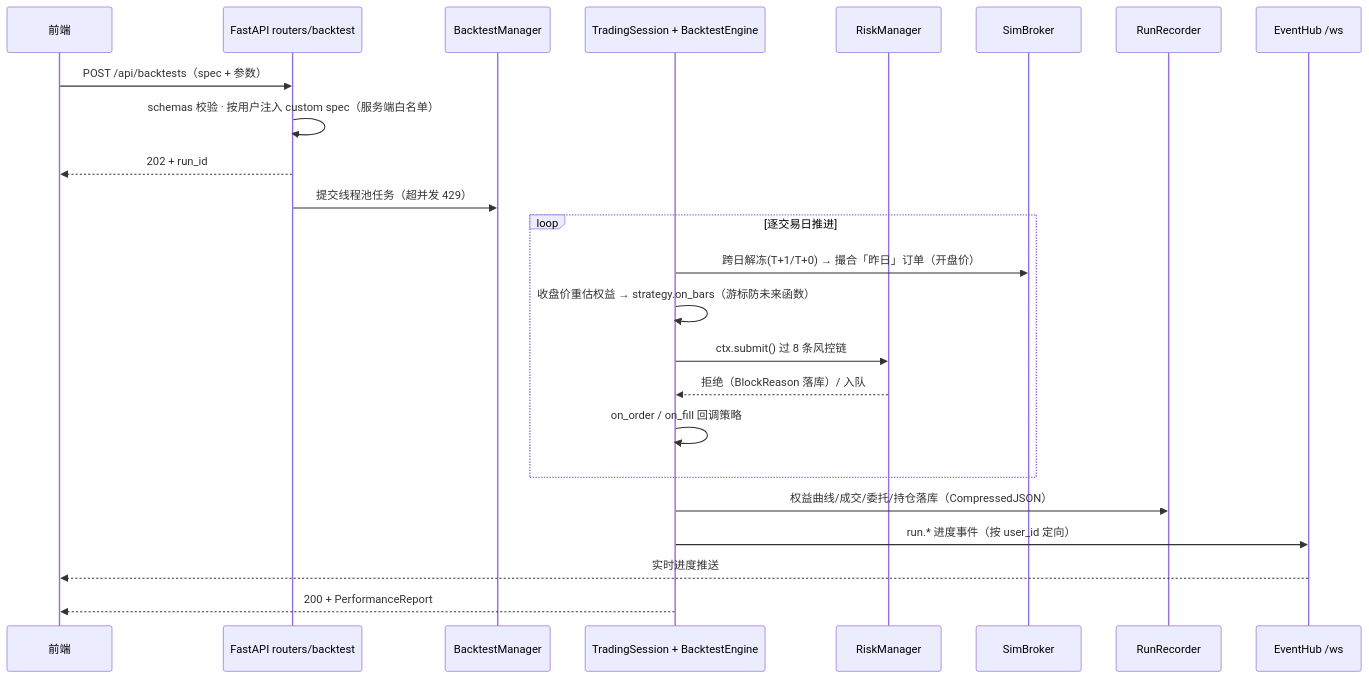
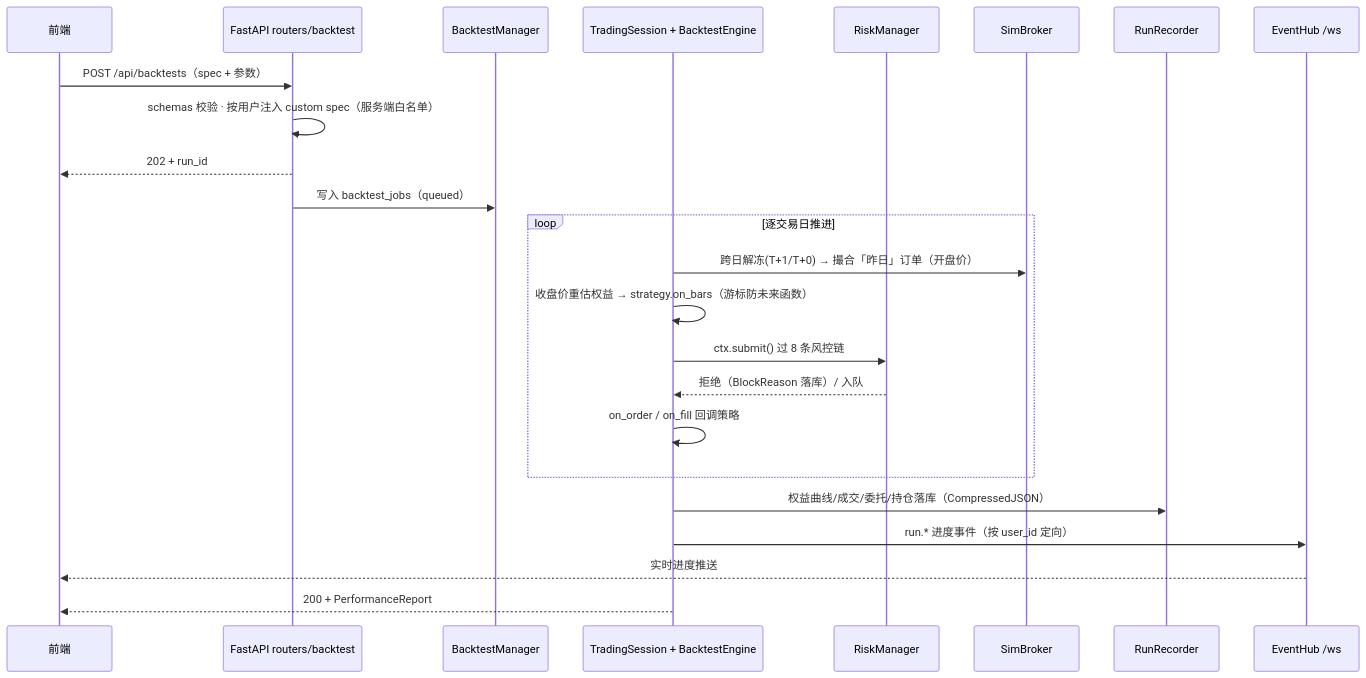
Before and after one commit to wblacksnoww/Quant: the second of 4 diagrams in docs/FRAMEWORK.md, drawn with Mermaid. The commit also changed other lines of this file and 165 other files, not shown here.

````diff
--- a/docs/FRAMEWORK.md
+++ b/docs/FRAMEWORK.md
@@ -93,27 +93,27 @@
 ```mermaid
 sequenceDiagram
     participant FE as 前端
     participant API as FastAPI routers/backtest
     participant BM as BacktestManager
     participant ENG as TradingSession + BacktestEngine
     participant RK as RiskManager
     participant BK as SimBroker
     participant DB as RunRecorder
     participant WS as EventHub /ws
 
     FE->>API: POST /api/backtests（spec + 参数）
     API->>API: schemas 校验 · 按用户注入 custom spec（服务端白名单）
     API-->>FE: 202 + run_id
-    API->>BM: 提交线程池任务（超并发 429）
+    API->>BM: 写入 backtest_jobs（queued）
     loop 逐交易日推进
         ENG->>BK: 跨日解冻(T+1/T+0) → 撮合「昨日」订单（开盘价）
         ENG->>ENG: 收盘价重估权益 → strategy.on_bars（游标防未来函数）
         ENG->>RK: ctx.submit() 过 8 条风控链
         RK-->>ENG: 拒绝（BlockReason 落库）/ 入队
         ENG->>ENG: on_order / on_fill 回调策略
     end
     ENG->>DB: 权益曲线/成交/委托/持仓落库（CompressedJSON）
     ENG->>WS: run.* 进度事件（按 user_id 定向）
     WS-->>FE: 实时进度推送
     ENG-->>FE: 200 + PerformanceReport
 ```
````
